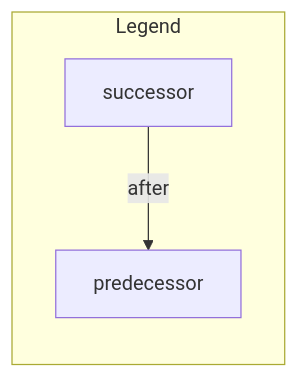
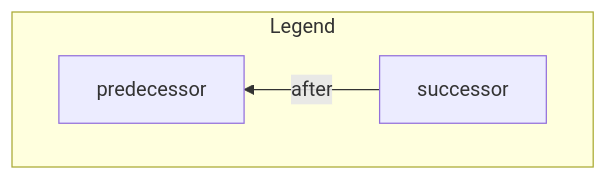
The first of 2 diagrams in design/group_membership.md (inkandswitch/keyhive), drawn with Mermaid before and after one commit. The commit also changed other lines of this file, not shown here.

Commit message:
Better mermaid layout

````diff
--- a/design/group_membership.md
+++ b/design/group_membership.md
@@ -7,7 +7,7 @@
 ```mermaid
 flowchart
     subgraph Legend
-        direction TB
+        direction RL
         successor -->|after| predecessor
     end
 ```
````
